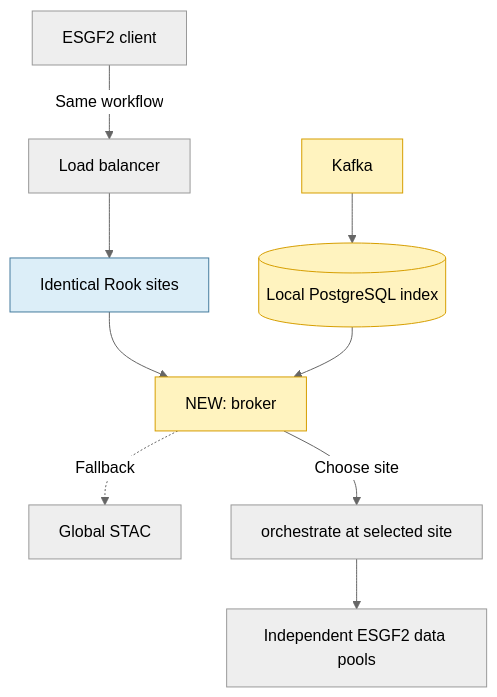
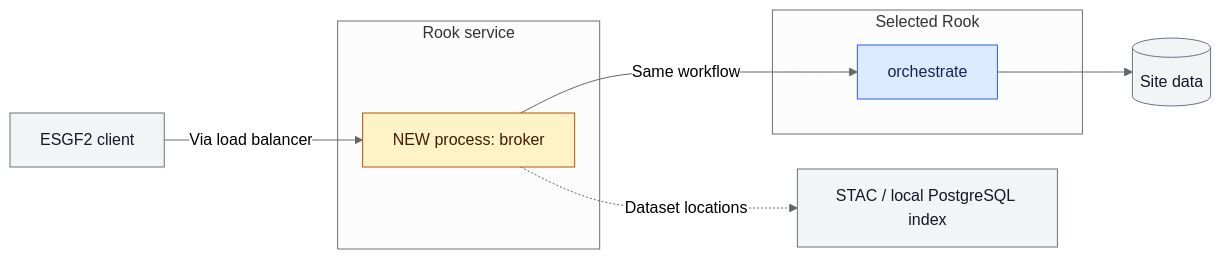
The fourth of 11 diagrams in Rook_WPS_ESGF2_talk_draft.md (roocs/rook), drawn with Mermaid (neutral theme) before and after one commit. The commit also changed other lines of this file and 12 other files, not shown here.

````diff
--- a/Rook_WPS_ESGF2_talk_draft.md
+++ b/Rook_WPS_ESGF2_talk_draft.md
@@ -124,16 +141,18 @@
 ```mermaid
-flowchart TD
-    Client["ESGF2 client"] -->|"Same workflow"| LB["Load balancer"]
-    LB --> Rook["Identical Rook sites"]
-    Rook --> Broker["NEW: broker"]
-    Kafka["Kafka"] --> Index[("Local PostgreSQL index")]
-    Index --> Broker
-    Broker -.->|"Fallback"| STAC["Global STAC"]
-    Broker -->|"Choose site"| Orchestrate["orchestrate at selected site"]
-    Orchestrate --> Data["Independent ESGF2 data pools"]
-
-    style Rook fill:#dceef8,stroke:#457b9d,color:#000
-    style Broker fill:#fff3bf,stroke:#d69e00,color:#000
-    style Index fill:#fff3bf,stroke:#d69e00,color:#000
-    style Kafka fill:#fff3bf,stroke:#d69e00,color:#000
+flowchart LR
+    Client["ESGF2 client"] -->|"Via load balancer"| Broker
+    subgraph Rook["Rook service"]
+        Broker["NEW process: broker"]
+    end
+    subgraph Selected["Selected Rook"]
+        Orchestrate["orchestrate"]
+    end
+    Broker -->|"Same workflow"| Orchestrate
+    Orchestrate --> Data[("Site data")]
+    Broker -.->|"Dataset locations"| Lookup["STAC / local PostgreSQL index"]
+    classDef default fill:#f3f4f6,stroke:#6b7280,color:#111827
+    classDef rook fill:#dbeafe,stroke:#2563eb,color:#172554
+    classDef new fill:#fef3c7,stroke:#b45309,color:#451a03
+    class Orchestrate rook
+    class Broker new
 ```
````
